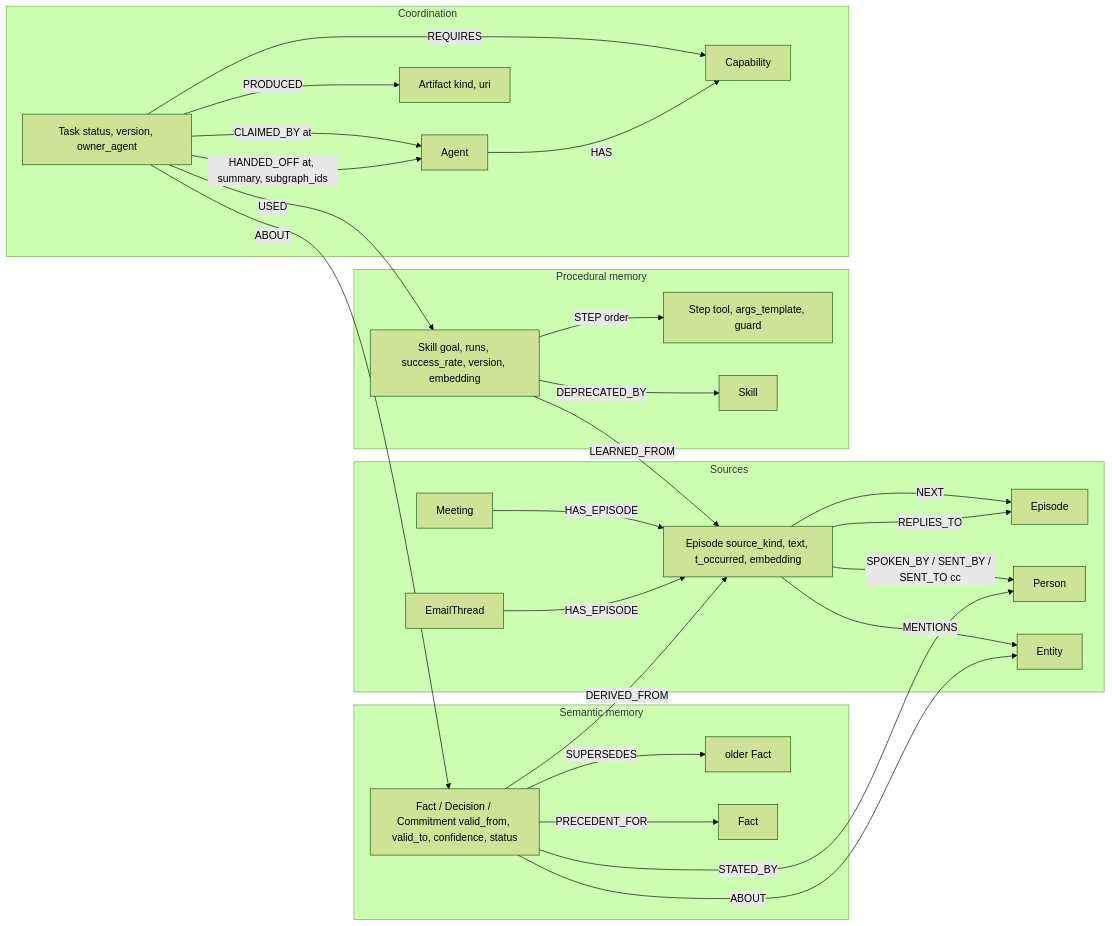
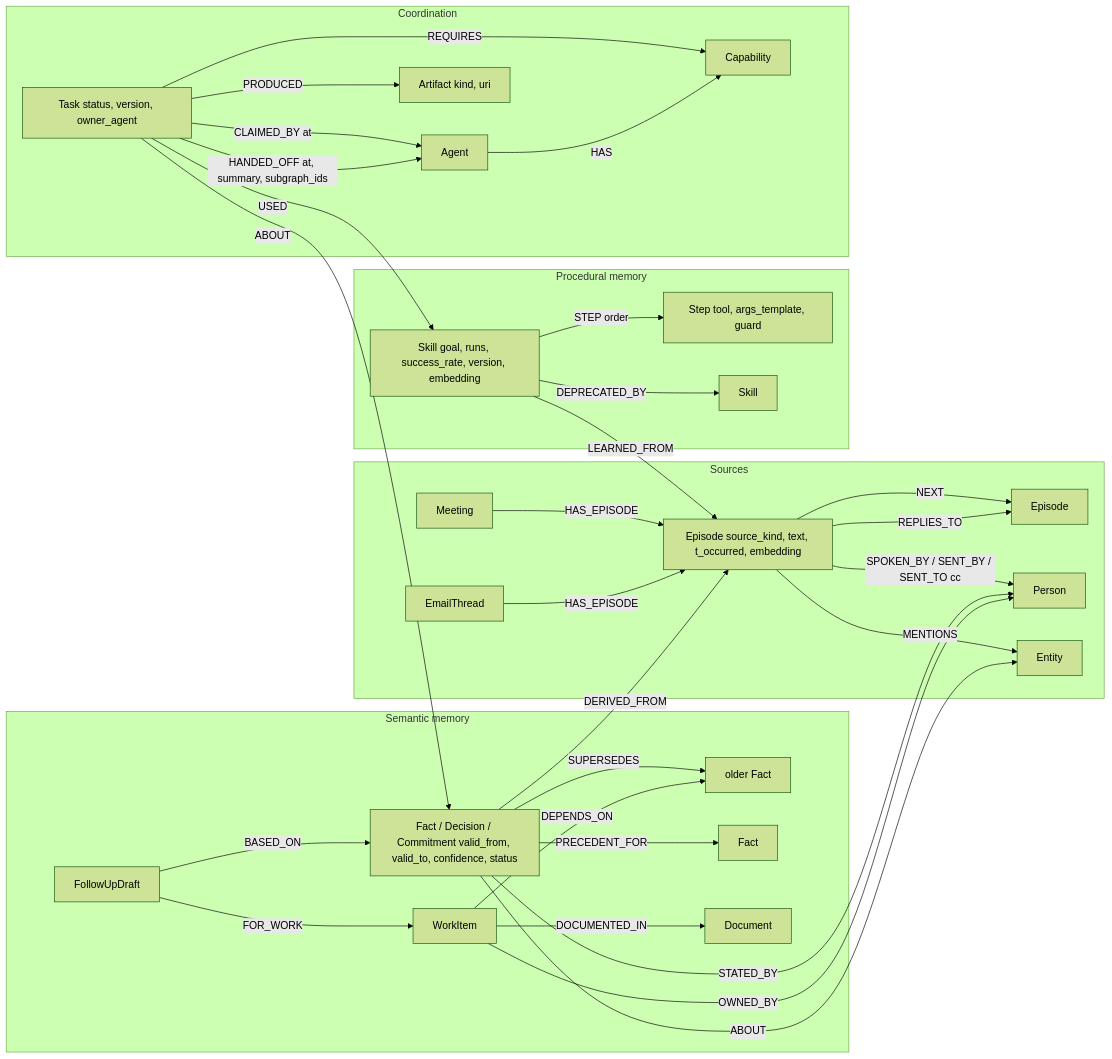
Before and after one commit to PDGamerSG/minutes-falkordb: the diagram in README.md, drawn with Mermaid (forest theme). The commit also changed other lines of this file and 117 other files, not shown here.

````diff
--- a/README.md
+++ b/README.md
@@ -56,32 +88,37 @@
 ```mermaid
 flowchart LR
   subgraph Sources
     M[Meeting] -->|HAS_EPISODE| E[Episode source_kind, text, t_occurred, embedding]
     T[EmailThread] -->|HAS_EPISODE| E
     E -->|NEXT| E2[Episode]
     E -->|SPOKEN_BY / SENT_BY / SENT_TO cc| P[Person]
     E -->|REPLIES_TO| E2
     E -->|MENTIONS| X[Entity]
   end
   subgraph Semantic memory
     F[Fact / Decision / Commitment valid_from, valid_to, confidence, status] -->|DERIVED_FROM| E
     F -->|ABOUT| X
     F -->|STATED_BY| P
     F -->|SUPERSEDES| F0[older Fact]
     F -->|PRECEDENT_FOR| F1[Fact]
+    W[WorkItem] -->|DEPENDS_ON| F0
+    W -->|OWNED_BY| P
+    W -->|DOCUMENTED_IN| D[Document]
+    FD[FollowUpDraft] -->|FOR_WORK| W
+    FD -->|BASED_ON| F
   end
   subgraph Procedural memory
     S[Skill goal, runs, success_rate, version, embedding] -->|STEP order| ST[Step tool, args_template, guard]
     S -->|LEARNED_FROM| E
     S -->|DEPRECATED_BY| S2[Skill]
   end
   subgraph Coordination
     K[Task status, version, owner_agent] -->|REQUIRES| C[Capability]
     A[Agent] -->|HAS| C
     K -->|CLAIMED_BY at| A
     K -->|HANDED_OFF at, summary, subgraph_ids| A
     K -->|ABOUT| F
     K -->|USED| S
     K -->|PRODUCED| R[Artifact kind, uri]
   end
 ```
````
